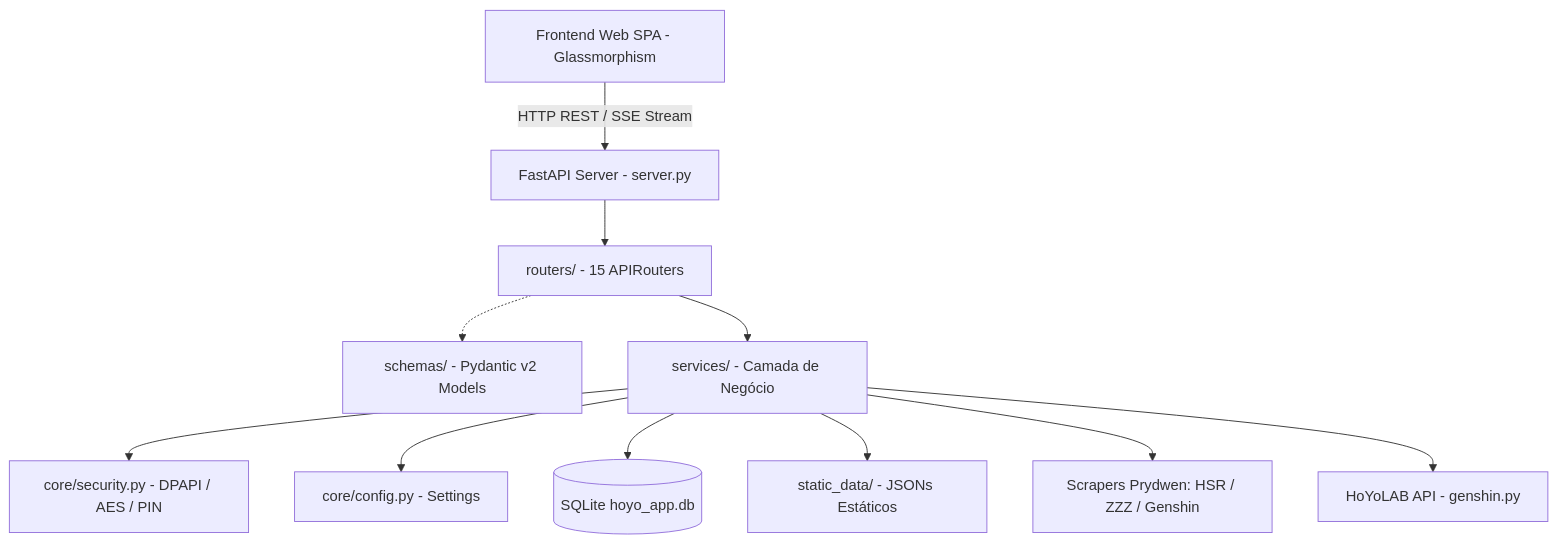
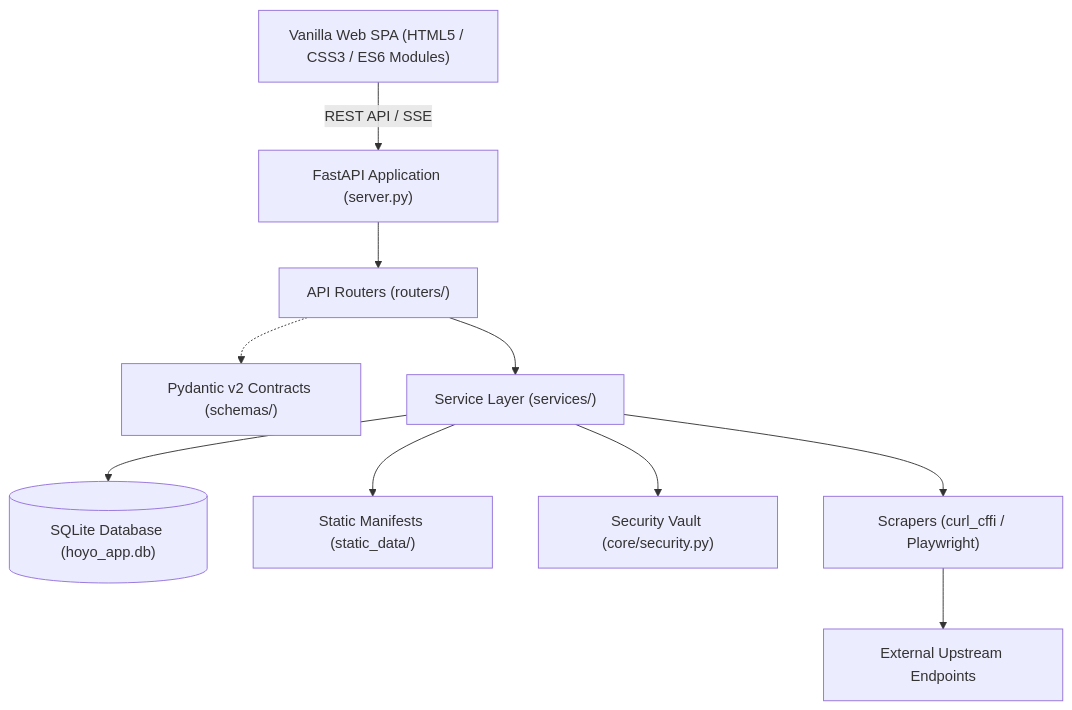
Before and after one commit to Lacas0010/Cabeca_de_Droid: the diagram in README.md, drawn with Mermaid. The commit also changed other lines of this file and 20 other files, not shown here.

````diff
--- a/README.md
+++ b/README.md
@@ -102,15 +101,12 @@
 ```mermaid
 graph TD
-    UI[Frontend Web SPA - Glassmorphism] -->|HTTP REST / SSE Stream| Server[FastAPI Server - server.py]
-    Server --> Routers[routers/ - 15 APIRouters]
-  
-    Routers -.-> Schemas[schemas/ - Pydantic v2 Models]
-    Routers --> Services[services/ - Camada de Negócio]
-  
-    Services --> CoreSec[core/security.py - DPAPI / AES / PIN]
-    Services --> CoreCfg[core/config.py - Settings]
-    Services --> DB[(SQLite hoyo_app.db)]
-    Services --> StaticData[static_data/ - JSONs Estáticos]
-    Services --> Scrapers[Scrapers Prydwen: HSR / ZZZ / Genshin]
-    Services --> HoYoAPI[HoYoLAB API - genshin.py]
+    UI["Vanilla Web SPA (HTML5 / CSS3 / ES6 Modules)"] -->|REST API / SSE| API["FastAPI Application (server.py)"]
+    API --> Routers["API Routers (routers/)"]
+    Routers -.-> Schemas["Pydantic v2 Contracts (schemas/)"]
+    Routers --> Services["Service Layer (services/)"]
+    Services --> DB[("SQLite Database (hoyo_app.db)")]
+    Services --> Static["Static Manifests (static_data/)"]
+    Services --> Vault["Security Vault (core/security.py)"]
+    Services --> Scrapers["Scrapers (curl_cffi / Playwright)"]
+    Scrapers --> Ext["External Upstream Endpoints"]
 ```
````
